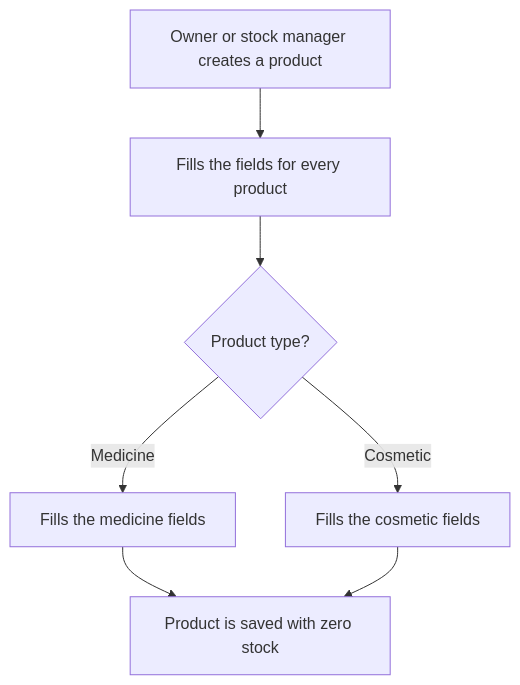
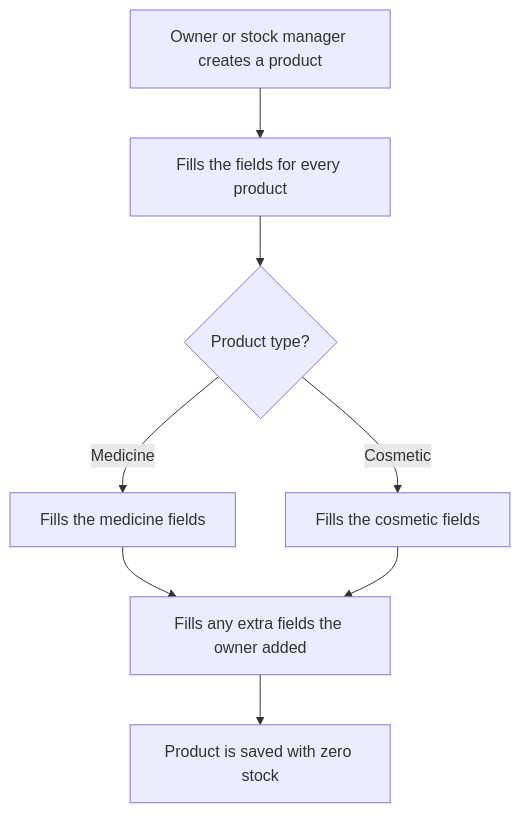
Before and after one commit to AhmedElnagarUU/Cosmo: the first of 2 diagrams in docs/workflows/10-product-fields.md, drawn with Mermaid. The commit also changed other lines of this file and 5 other files, not shown here.

First line of the commit message:
Add extra product fields defined by the owner

````diff
--- a/docs/workflows/10-product-fields.md
+++ b/docs/workflows/10-product-fields.md
@@ -5,9 +5,10 @@
 ```mermaid
 flowchart TD
     A[Owner or stock manager creates a product] --> B[Fills the fields for every product]
     B --> C{Product type?}
     C -- Medicine --> D[Fills the medicine fields]
     C -- Cosmetic --> E[Fills the cosmetic fields]
-    D --> F[Product is saved with zero stock]
-    E --> F
+    D --> X[Fills any extra fields the owner added]
+    E --> X
+    X --> F[Product is saved with zero stock]
 ```
````
